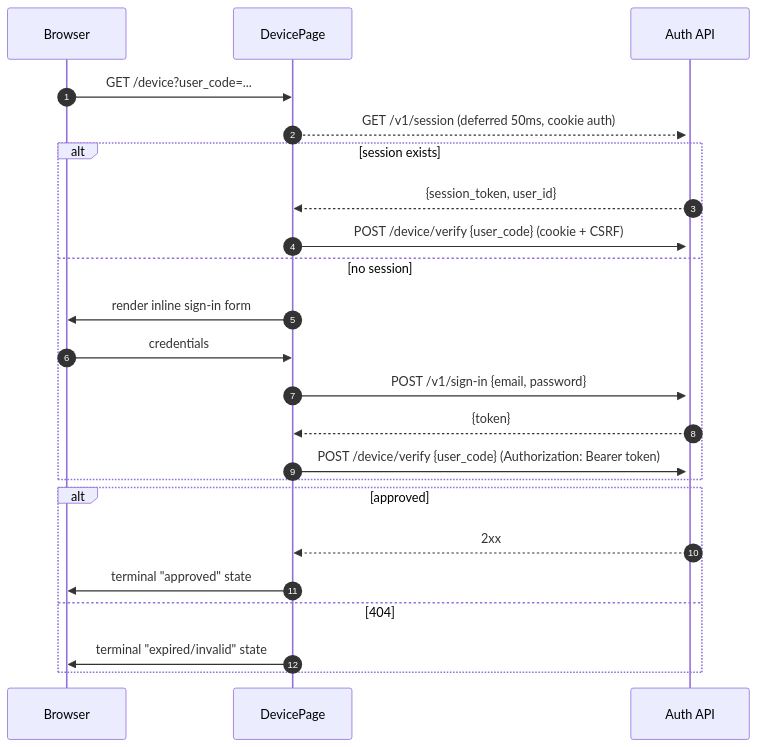
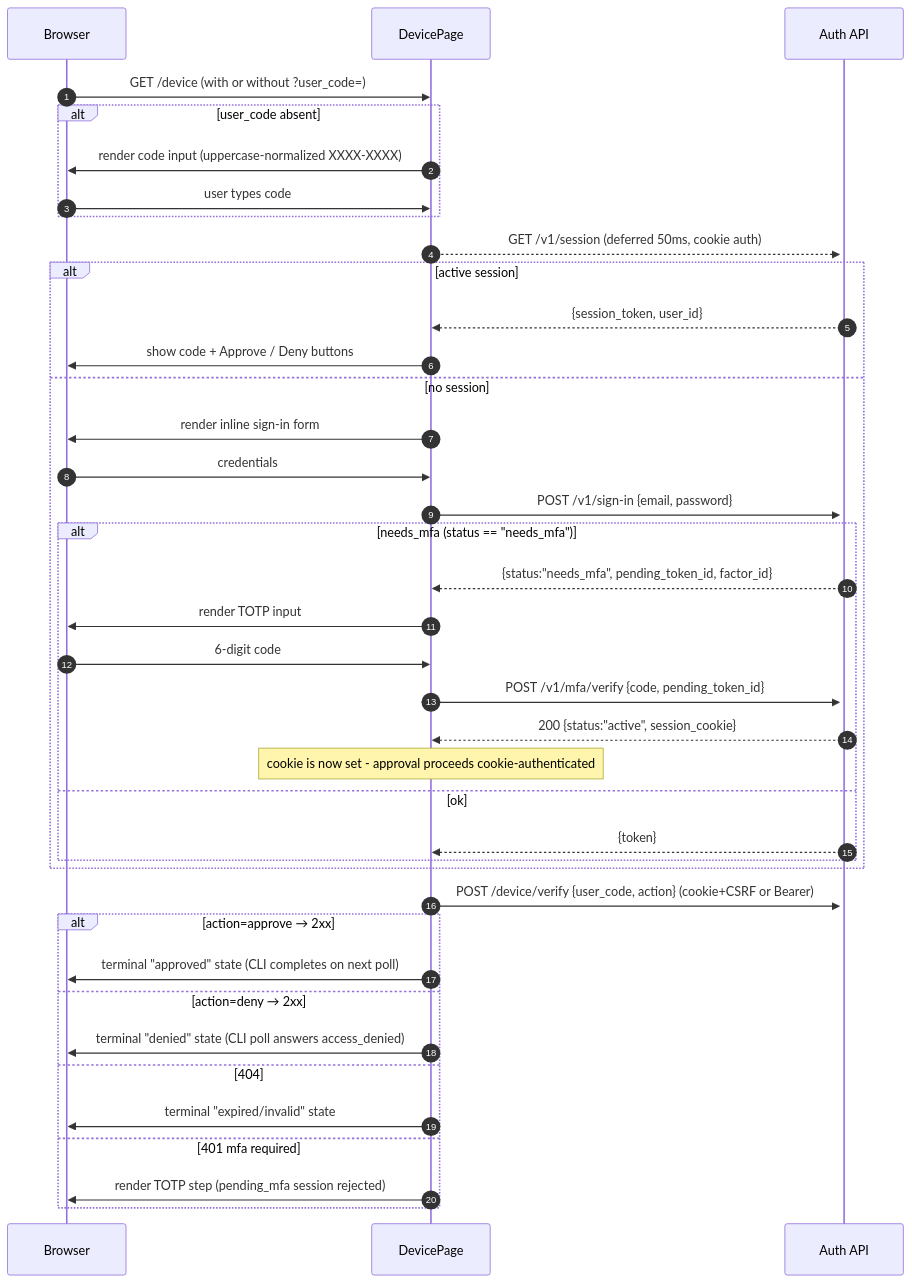
The sixth of 9 diagrams in docs/apps/auth-ui/design.md (Sentin8/sentin8-site), drawn with Mermaid before and after one commit. The commit also changed other lines of this file and 13 other files, not shown here.

````diff
--- a/docs/apps/auth-ui/design.md
+++ b/docs/apps/auth-ui/design.md
@@ -169,25 +200,41 @@
 ```mermaid
 sequenceDiagram
     autonumber
     participant B as Browser
     participant D as DevicePage
     participant A as Auth API
-    B->>D: GET /device?user_code=...
+    B->>D: GET /device (with or without ?user_code=)
+    alt user_code absent
+        D->>B: render code input (uppercase-normalized XXXX-XXXX)
+        B->>D: user types code
+    end
     D-->>+A: GET /v1/session (deferred 50ms, cookie auth)
-    alt session exists
+    alt active session
         A-->>D: {session_token, user_id}
-        D->>A: POST /device/verify {user_code} (cookie + CSRF)
+        D->>B: show code + Approve / Deny buttons
     else no session
         D->>B: render inline sign-in form
         B->>D: credentials
         D->>A: POST /v1/sign-in {email, password}
-        A-->>D: {token}
-        D->>A: POST /device/verify {user_code} (Authorization: Bearer token)
+        alt needs_mfa (status == "needs_mfa")
+            A-->>D: {status:"needs_mfa", pending_token_id, factor_id}
+            D->>B: render TOTP input
+            B->>D: 6-digit code
+            D->>A: POST /v1/mfa/verify {code, pending_token_id}
+            A-->>D: 200 {status:"active", session_cookie}
+            Note over D: cookie is now set - approval proceeds cookie-authenticated
+        else ok
+            A-->>D: {token}
+        end
     end
-    alt approved
-        A-->>D: 2xx
-        D->>B: terminal "approved" state
+    D->>A: POST /device/verify {user_code, action} (cookie+CSRF or Bearer)
+    alt action=approve → 2xx
+        D->>B: terminal "approved" state (CLI completes on next poll)
+    else action=deny → 2xx
+        D->>B: terminal "denied" state (CLI poll answers access_denied)
     else 404
         D->>B: terminal "expired/invalid" state
+    else 401 mfa required
+        D->>B: render TOTP step (pending_mfa session rejected)
     end
 ```
````
